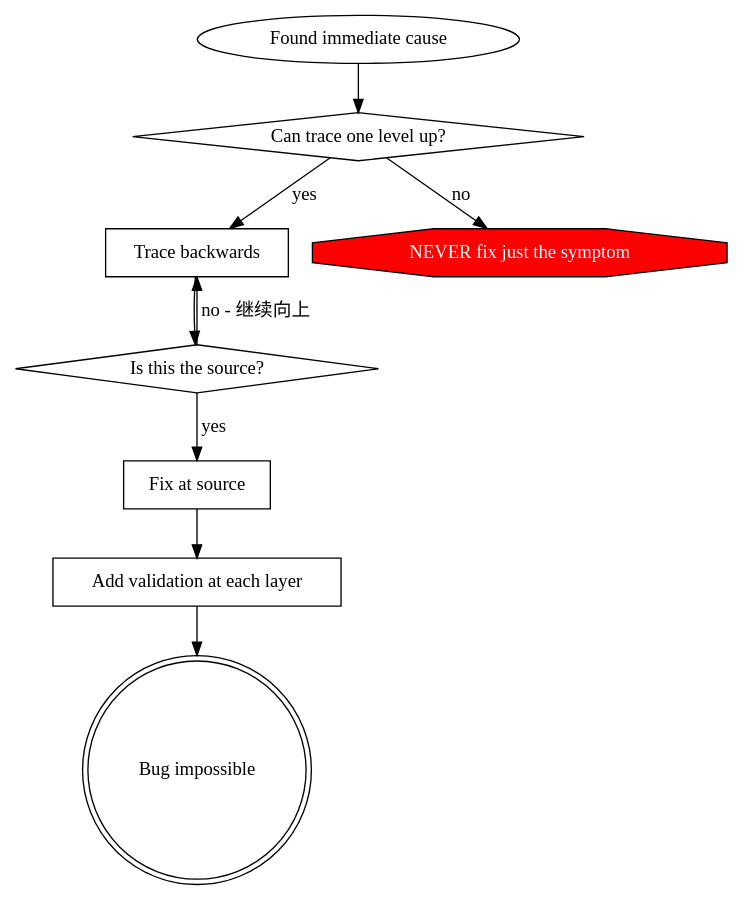
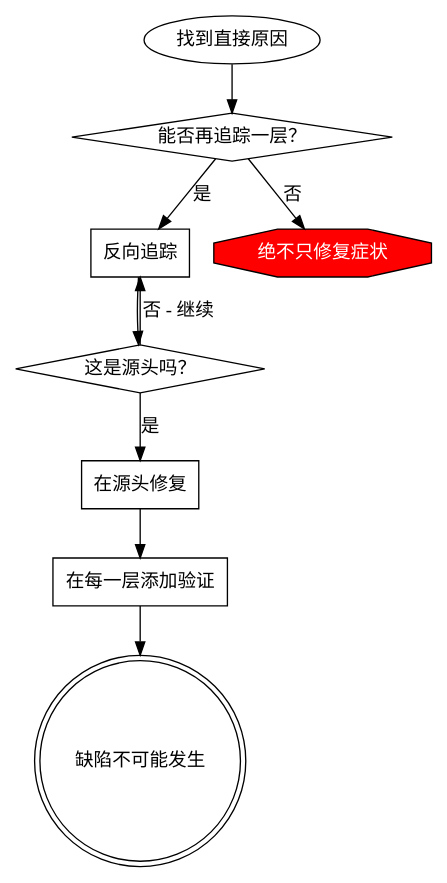
The second of 2 diagrams in superpower/translation-cn/.claude/skills/systematic-debugging/root-cause-tracing.md (camtrik/harness-study), drawn with Graphviz before and after one commit. The commit also changed other lines of this file and 42 other files, not shown here.

````diff
--- a/superpower/translation-cn/.claude/skills/systematic-debugging/root-cause-tracing.md
+++ b/superpower/translation-cn/.claude/skills/systematic-debugging/root-cause-tracing.md
@@ -132,21 +132,21 @@
 ```dot
 digraph principle {
-    "Found immediate cause" [shape=ellipse];
-    "Can trace one level up?" [shape=diamond];
-    "Trace backwards" [shape=box];
-    "Is this the source?" [shape=diamond];
-    "Fix at source" [shape=box];
-    "Add validation at each layer" [shape=box];
-    "Bug impossible" [shape=doublecircle];
-    "NEVER fix just the symptom" [shape=octagon, style=filled, fillcolor=red, fontcolor=white];
+    "找到直接原因" [shape=ellipse];
+    "能否再追踪一层？" [shape=diamond];
+    "反向追踪" [shape=box];
+    "这是源头吗？" [shape=diamond];
+    "在源头修复" [shape=box];
+    "在每一层添加验证" [shape=box];
+    "缺陷不可能发生" [shape=doublecircle];
+    "绝不只修复症状" [shape=octagon, style=filled, fillcolor=red, fontcolor=white];
 
-    "Found immediate cause" -> "Can trace one level up?";
-    "Can trace one level up?" -> "Trace backwards" [label="yes"];
-    "Can trace one level up?" -> "NEVER fix just the symptom" [label="no"];
-    "Trace backwards" -> "Is this the source?";
-    "Is this the source?" -> "Trace backwards" [label="no - 继续向上"];
-    "Is this the source?" -> "Fix at source" [label="yes"];
-    "Fix at source" -> "Add validation at each layer";
-    "Add validation at each layer" -> "Bug impossible";
+    "找到直接原因" -> "能否再追踪一层？";
+    "能否再追踪一层？" -> "反向追踪" [label="是"];
+    "能否再追踪一层？" -> "绝不只修复症状" [label="否"];
+    "反向追踪" -> "这是源头吗？";
+    "这是源头吗？" -> "反向追踪" [label="否 - 继续"];
+    "这是源头吗？" -> "在源头修复" [label="是"];
+    "在源头修复" -> "在每一层添加验证";
+    "在每一层添加验证" -> "缺陷不可能发生";
 }
 ```
````
